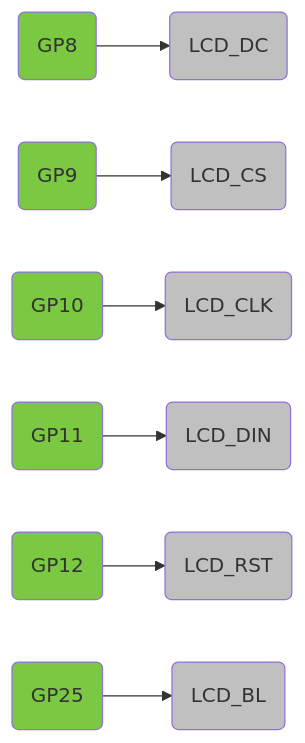
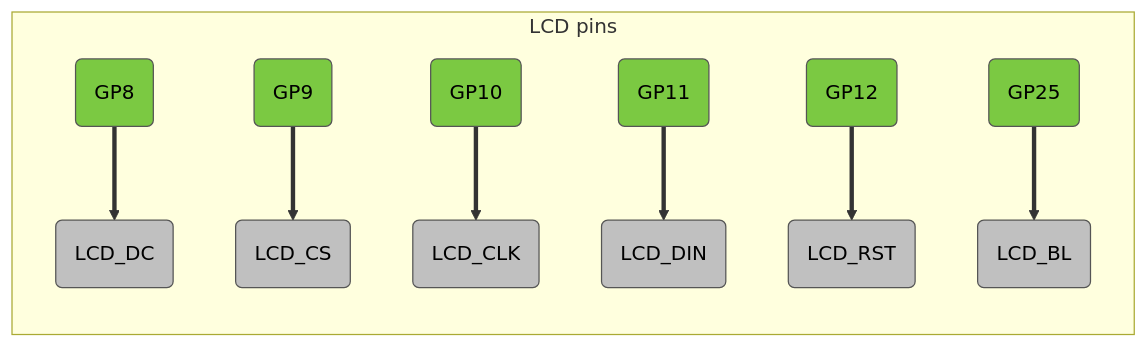
The diagram in README.md (andypiper/mpy-rp2040-lcd), drawn with Mermaid before and after one commit. The commit also changed other lines of this file, not shown here.

Commit message:
Mermaid styling

````diff
--- a/README.md
+++ b/README.md
@@ -10,11 +8,13 @@
 ```mermaid
 graph LR
-    p1(GP8):::gpio  --> l1(LCD_DC):::lcd
-    p2(GP9):::gpio  --> l2(LCD_CS):::lcd
-    p3(GP10):::gpio --> l3(LCD_CLK):::lcd
-    p4(GP11):::gpio --> l4(LCD_DIN):::lcd
-    p5(GP12):::gpio --> l5(LCD_RST):::lcd
-    p6(GP25):::gpio --> l6(LCD_BL):::lcd
-    classDef gpio fill:#7BC942;
-    classDef lcd fill:#C0C0C0;
+    subgraph LCD pins
+    p1(GP8):::gpio  ==> l1(LCD_DC):::lcd
+    p2(GP9):::gpio  ==> l2(LCD_CS):::lcd
+    p3(GP10):::gpio ==> l3(LCD_CLK):::lcd
+    p4(GP11):::gpio ==> l4(LCD_DIN):::lcd
+    p5(GP12):::gpio ==> l5(LCD_RST):::lcd
+    p6(GP25):::gpio ==> l6(LCD_BL):::lcd
+    classDef gpio stroke:#555,color:#000,fill:#7BC942;
+    classDef lcd stroke:#555,color:#000,fill:#C0C0C0;
+    end
 ```
````
